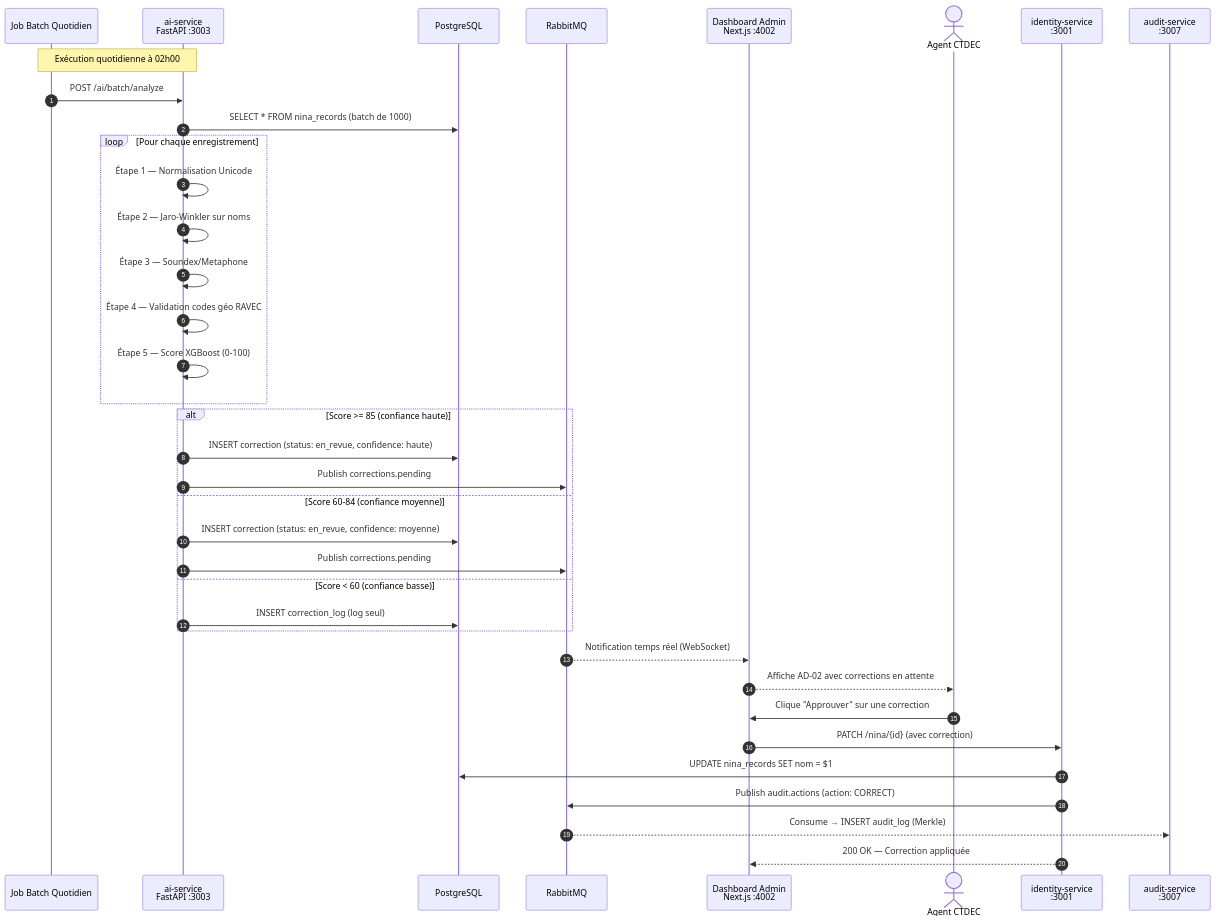
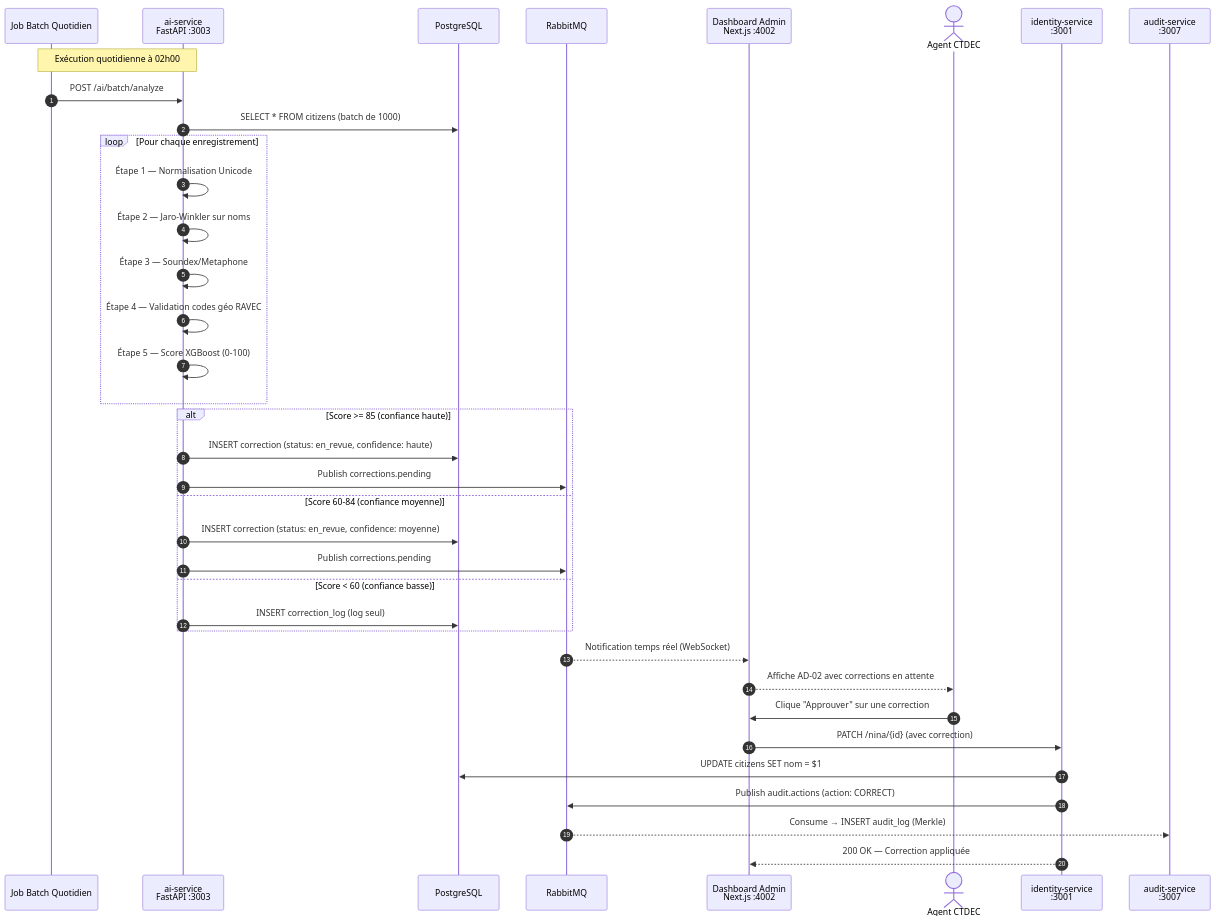
Before and after one commit to TheManInPink/Session-Ete-2026: the fifth of 13 diagrams in docs/02-ARCHITECTURE-GLOBALE.md, drawn with Mermaid. The commit also changed other lines of this file and 8 other files, not shown here.

````diff
--- a/docs/02-ARCHITECTURE-GLOBALE.md
+++ b/docs/02-ARCHITECTURE-GLOBALE.md
@@ -291,45 +291,45 @@
 ```mermaid
 sequenceDiagram
     autonumber
     participant CRON as Job Batch Quotidien
     participant AI as ai-service<br/>FastAPI :3003
     participant PG as PostgreSQL
     participant RMQ as RabbitMQ
     participant ADM_FE as Dashboard Admin<br/>Next.js :4002
     actor AGT as Agent CTDEC
     participant ID as identity-service<br/>:3001
     participant AUD as audit-service<br/>:3007
 
     Note over CRON,AI: Exécution quotidienne à 02h00
 
     CRON->>AI: POST /ai/batch/analyze
-    AI->>PG: SELECT * FROM nina_records (batch de 1000)
+    AI->>PG: SELECT * FROM citizens (batch de 1000)
 
     loop Pour chaque enregistrement
         AI->>AI: Étape 1 — Normalisation Unicode
         AI->>AI: Étape 2 — Jaro-Winkler sur noms
         AI->>AI: Étape 3 — Soundex/Metaphone
         AI->>AI: Étape 4 — Validation codes géo RAVEC
         AI->>AI: Étape 5 — Score XGBoost (0-100)
     end
 
     alt Score >= 85 (confiance haute)
         AI->>PG: INSERT correction (status: en_revue, confidence: haute)
         AI->>RMQ: Publish corrections.pending
     else Score 60-84 (confiance moyenne)
         AI->>PG: INSERT correction (status: en_revue, confidence: moyenne)
         AI->>RMQ: Publish corrections.pending
     else Score < 60 (confiance basse)
         AI->>PG: INSERT correction_log (log seul)
     end
 
     RMQ-->>ADM_FE: Notification temps réel (WebSocket)
     ADM_FE-->>AGT: Affiche AD-02 avec corrections en attente
 
     AGT->>ADM_FE: Clique "Approuver" sur une correction
     ADM_FE->>ID: PATCH /nina/{id} (avec correction)
-    ID->>PG: UPDATE nina_records SET nom = $1
+    ID->>PG: UPDATE citizens SET nom = $1
     ID->>RMQ: Publish audit.actions (action: CORRECT)
     RMQ-->>AUD: Consume → INSERT audit_log (Merkle)
     ID-->>ADM_FE: 200 OK — Correction appliquée
 ```
````
